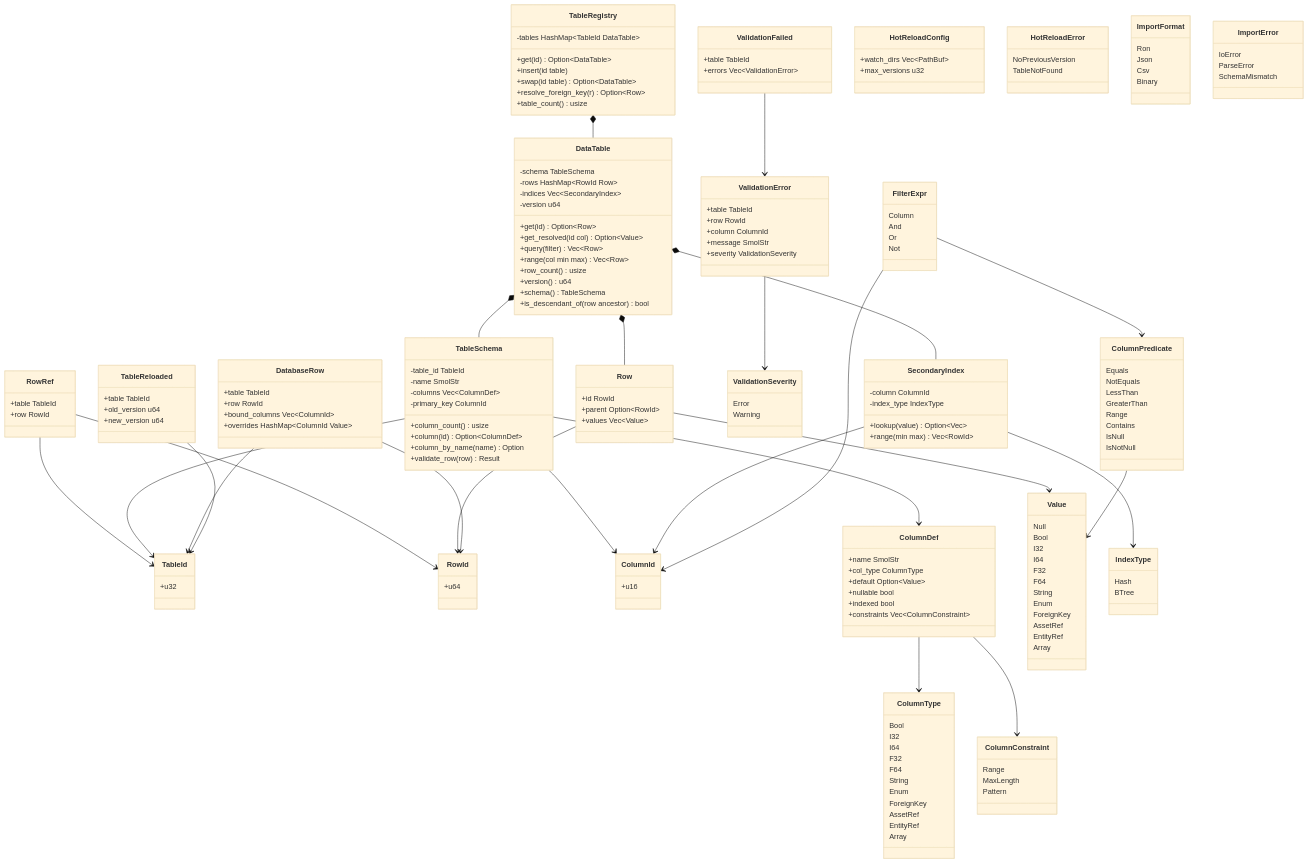
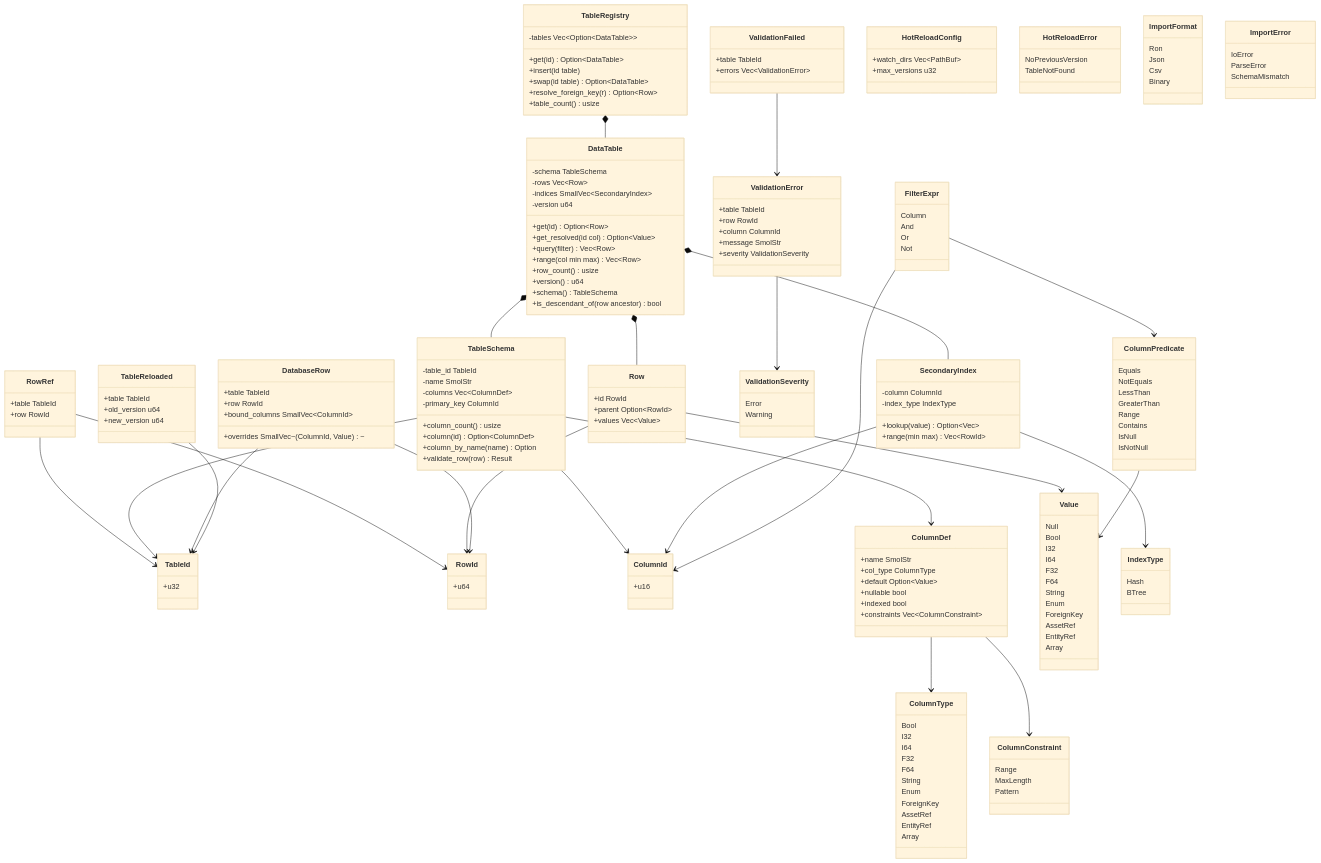
Before and after one commit to harmonius-dev/harmonius: the second of 3 diagrams in docs/design/data-systems/data-tables.md, drawn with Mermaid (base theme). The commit also changed other lines of this file and 174 other files, not shown here.

```diff
--- a/docs/design/data-systems/data-tables.md
+++ b/docs/design/data-systems/data-tables.md
@@ -190,8 +200,8 @@
     }
     class DataTable {
         -schema TableSchema
-        -rows HashMap~RowId Row~
-        -indices Vec~SecondaryIndex~
+        -rows Vec~Row~
+        -indices SmallVec~SecondaryIndex~
         -version u64
         +get(id) Option~Row~
         +get_resolved(id col) Option~Value~
@@ -230,7 +240,7 @@
         Warning
     }
     class TableRegistry {
-        -tables HashMap~TableId DataTable~
+        -tables Vec~Option~DataTable~~
         +get(id) Option~DataTable~
         +insert(id table)
         +swap(id table) Option~DataTable~
@@ -240,8 +250,8 @@
     class DatabaseRow {
         +table TableId
         +row RowId
-        +bound_columns Vec~ColumnId~
-        +overrides HashMap~ColumnId Value~
+        +bound_columns SmallVec~ColumnId~
+        +overrides SmallVec~(ColumnId, Value)~
     }
     class TableReloaded {
         +table TableId
```
